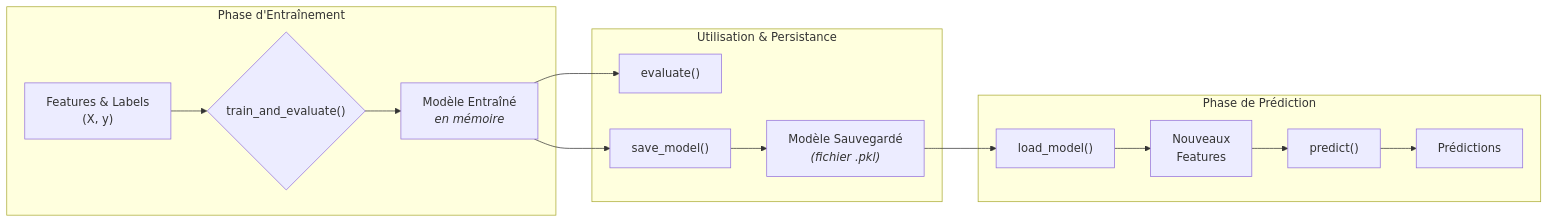
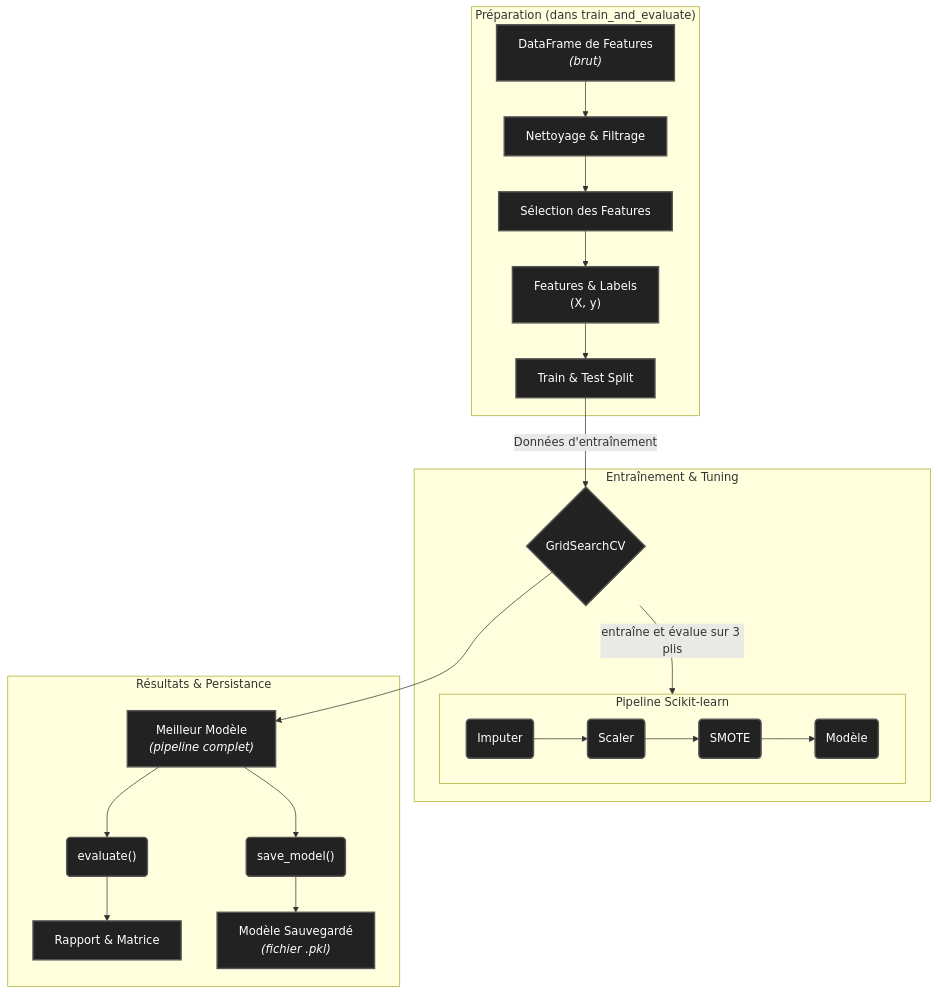
The diagram in website/docs/api/classifier.mdx (PhD-Brown/AstroSpectro), drawn with Mermaid before and after one commit. The commit also changed other lines of this file and 33 other files, not shown here.

````diff
--- a/website/docs/api/classifier.mdx
+++ b/website/docs/api/classifier.mdx
@@ -20,20 +22,49 @@
 ```mermaid
-graph LR
-    subgraph "Phase d'Entraînement"
-        A["Features & Labels<br>(X, y)"] --> B{"train_and_evaluate()"};
-        B --> C["Modèle Entraîné<br><i>en mémoire</i>"];
-    end
-
-    subgraph "Utilisation & Persistance"
-        C --> D["evaluate()"];
-        C --> E["save_model()"];
-        E --> F["Modèle Sauvegardé<br><i>(fichier .pkl)</i>"];
-    end
-
-    subgraph "Phase de Prédiction"
-        F --> G["load_model()"];
-        G --> H["Nouveaux<br>Features"];
-        H --> I["predict()"];
-        I --> J["Prédictions"];
-    end
+---
+config:
+  layout: fixed
+---
+flowchart TD
+ subgraph subGraph0["Préparation (dans train_and_evaluate)"]
+        B["Nettoyage & Filtrage"]
+        A["DataFrame de Features<br><i>(brut)</i>"]
+        C["Sélection des Features"]
+        D["Features &amp; Labels<br>(X, y)"]
+        E["Train & Test Split"]
+  end
+ subgraph subGraph1["Pipeline Scikit-learn"]
+    direction LR
+        P4("Modèle")
+        P3("SMOTE")
+        P2("Scaler")
+        P1("Imputer")
+  end
+ subgraph subGraph2["Entraînement & Tuning"]
+        F{"GridSearchCV"}
+        subGraph1
+  end
+ subgraph subGraph3["Résultats & Persistance"]
+        H("evaluate()")
+        G["Meilleur Modèle<br><i>(pipeline complet)</i>"]
+        I["Rapport & Matrice"]
+        J("save_model()")
+        K["Modèle Sauvegardé<br><i>(fichier .pkl)</i>"]
+  end
+    A --> B
+    B --> C
+    C --> D
+    D --> E
+    P1 --> P2
+    P2 --> P3
+    P3 --> P4
+    F -- entraîne et évalue sur 3 plis --> P4
+    G --> H & J
+    H --> I
+    J --> K
+    E -- Données d'entraînement --> F
+    F --> G
+     A:::fill:#333,
+     I:::fill:#333,
+     K:::fill:#333,
+    classDef default fill:#222,stroke:#555,stroke-width:2px,color:#fff
 ```
````
